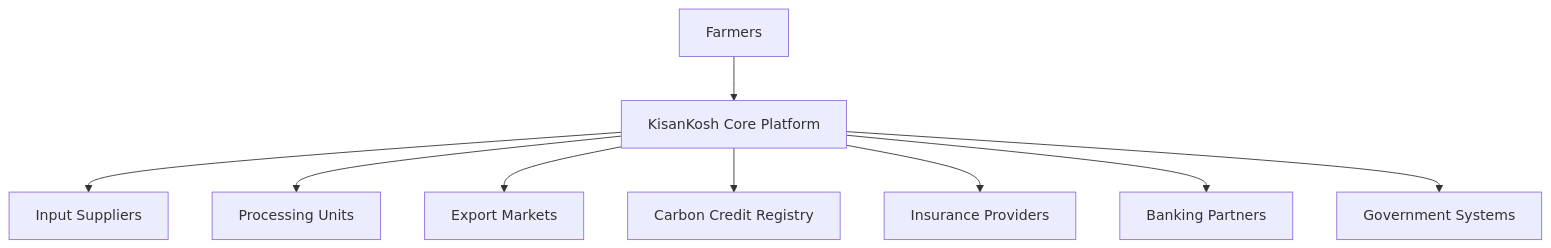
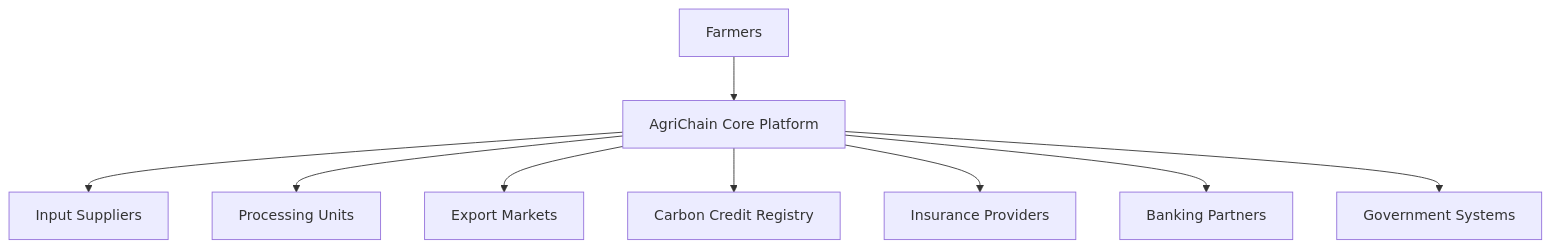
The diagram in Report.md (pkprajapati7402/Agri-Chain), drawn with Mermaid before and after one commit.

````diff
--- a/Report.md
+++ b/Report.md
@@ -1063,11 +1063,11 @@
 ```mermaid
 graph TB
-    A[Farmers] --> B[KisanKosh Core Platform]
+    A[Farmers] --> B[AgriChain Core Platform]
     B --> C[Input Suppliers]
     B --> D[Processing Units]
     B --> E[Export Markets]
     B --> F[Carbon Credit Registry]
     B --> G[Insurance Providers]
     B --> H[Banking Partners]
     B --> I[Government Systems]
 ```
````
